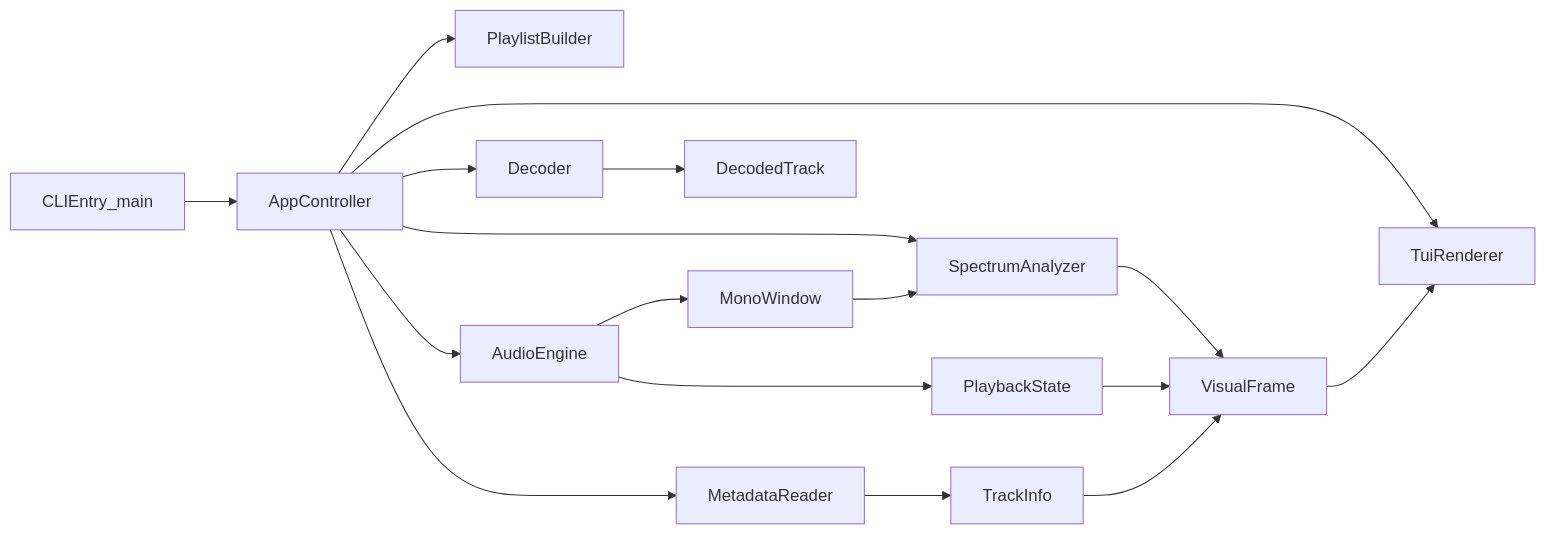
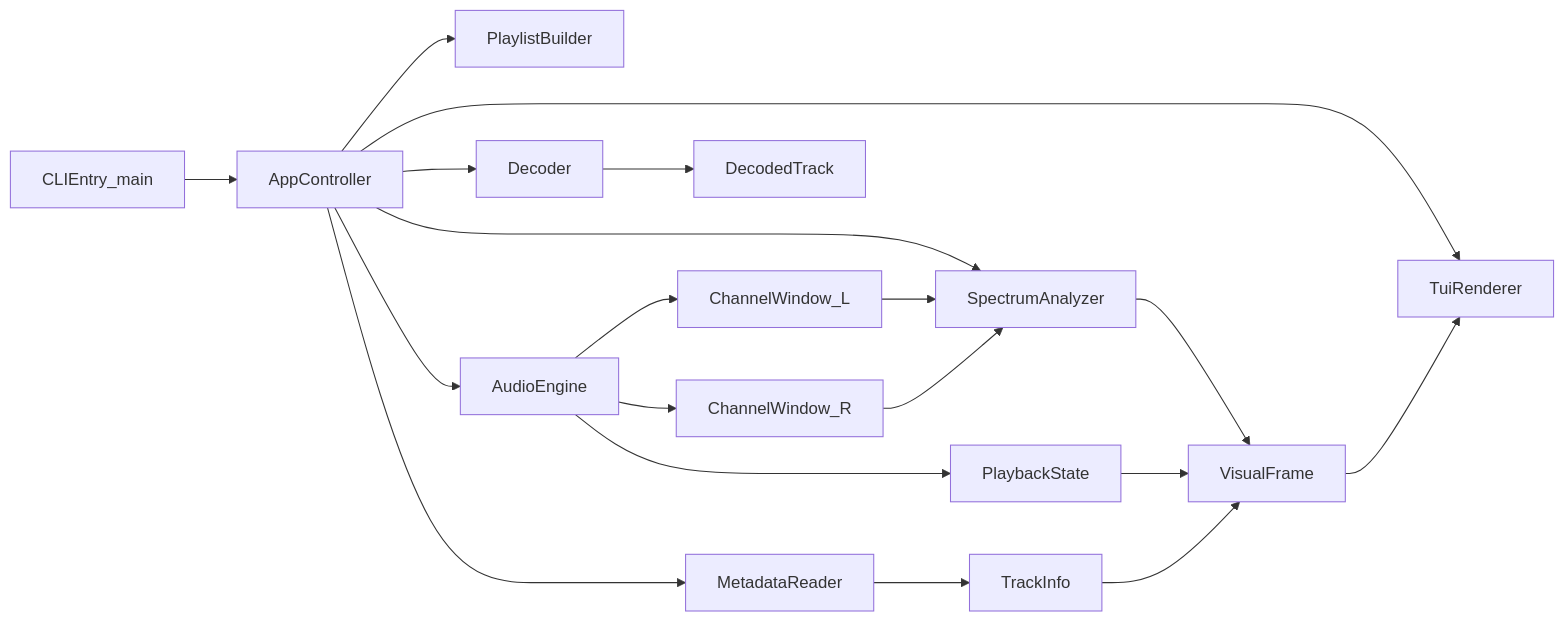
One commit to virtualguard101/vocalplayer changed the first of 4 diagrams in docs/dev/architecture_zh-CN.md. Above: the diagram before and after it, drawn with Mermaid. The commit also changed other lines of this file and 14 other files, not shown here.

````diff
--- a/docs/dev/architecture_zh-CN.md
+++ b/docs/dev/architecture_zh-CN.md
@@ -20,19 +21,21 @@
 ```mermaid
 flowchart LR
   cliEntry[CLIEntry_main] --> appController[AppController]
   appController --> playlistBuilder[PlaylistBuilder]
   appController --> decoder[Decoder]
   appController --> metadataReader[MetadataReader]
   appController --> audioEngine[AudioEngine]
   appController --> spectrumAnalyzer[SpectrumAnalyzer]
   appController --> tuiRenderer[TuiRenderer]
   decoder --> decodedTrack[DecodedTrack]
   metadataReader --> trackInfo[TrackInfo]
   audioEngine --> playbackState[PlaybackState]
-  audioEngine --> monoWindow[MonoWindow]
+  audioEngine --> channelWindowL[ChannelWindow_L]
+  audioEngine --> channelWindowR[ChannelWindow_R]
   spectrumAnalyzer --> visualFrame[VisualFrame]
   playbackState --> visualFrame
   trackInfo --> visualFrame
-  monoWindow --> spectrumAnalyzer
+  channelWindowL --> spectrumAnalyzer
+  channelWindowR --> spectrumAnalyzer
   visualFrame --> tuiRenderer
 ```
````
